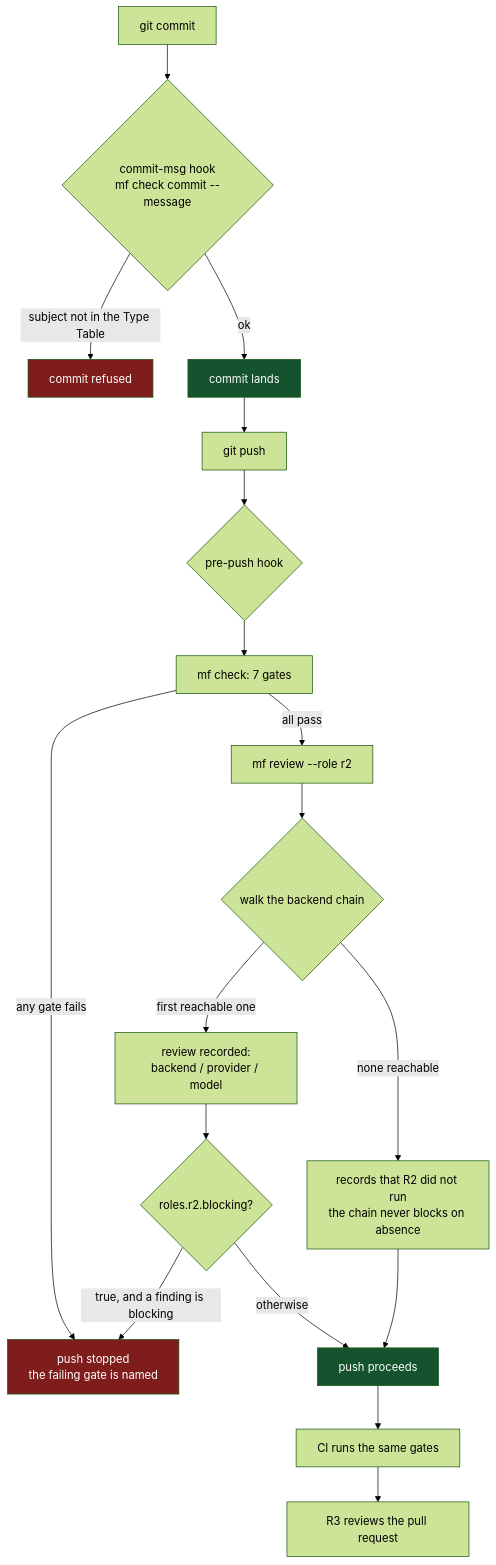
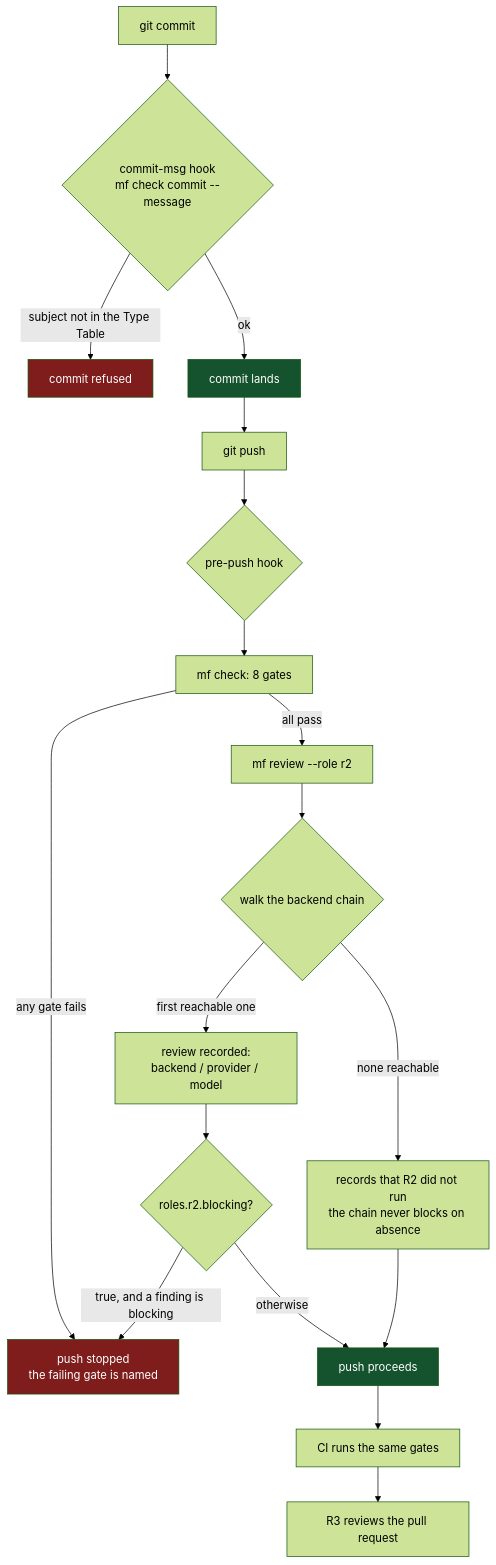
One commit to LukeSantossz/my-framework changed the diagram in README.md. Above: the diagram before and after it, drawn with Mermaid (forest theme). The commit also changed other lines of this file, not shown here.

````diff
--- a/README.md
+++ b/README.md
@@ -40,30 +40,30 @@
 ```mermaid
 flowchart TD
     A["git commit"] --> B{"commit-msg hook<br/>mf check commit --message"}
     B -->|subject not in the Type Table| C["commit refused"]
     B -->|ok| D["commit lands"]
 
     D --> E["git push"]
     E --> F{"pre-push hook"}
-    F --> G["mf check: 7 gates"]
+    F --> G["mf check: 8 gates"]
 
     G -->|any gate fails| H["push stopped<br/>the failing gate is named"]
     G -->|all pass| I["mf review --role r2"]
 
     I --> J{"walk the backend chain"}
     J -->|first reachable one| K["review recorded:<br/>backend / provider / model"]
     J -->|none reachable| L["records that R2 did not run<br/>the chain never blocks on absence"]
 
     K --> M{"roles.r2.blocking?"}
     M -->|true, and a finding is blocking| H
     M -->|otherwise| N["push proceeds"]
     L --> N
 
     N --> O["CI runs the same gates"]
     O --> P["R3 reviews the pull request"]
 
     style C fill:#7f1d1d,color:#fff
     style H fill:#7f1d1d,color:#fff
     style N fill:#14532d,color:#fff
     style D fill:#14532d,color:#fff
 ```
````
